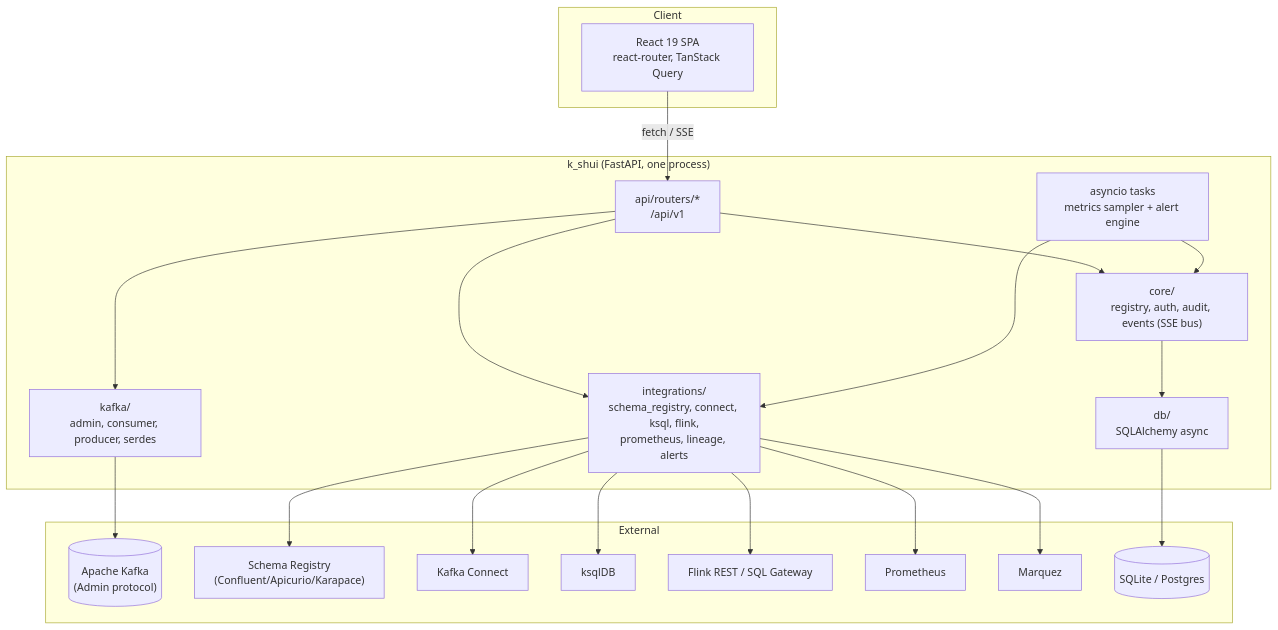
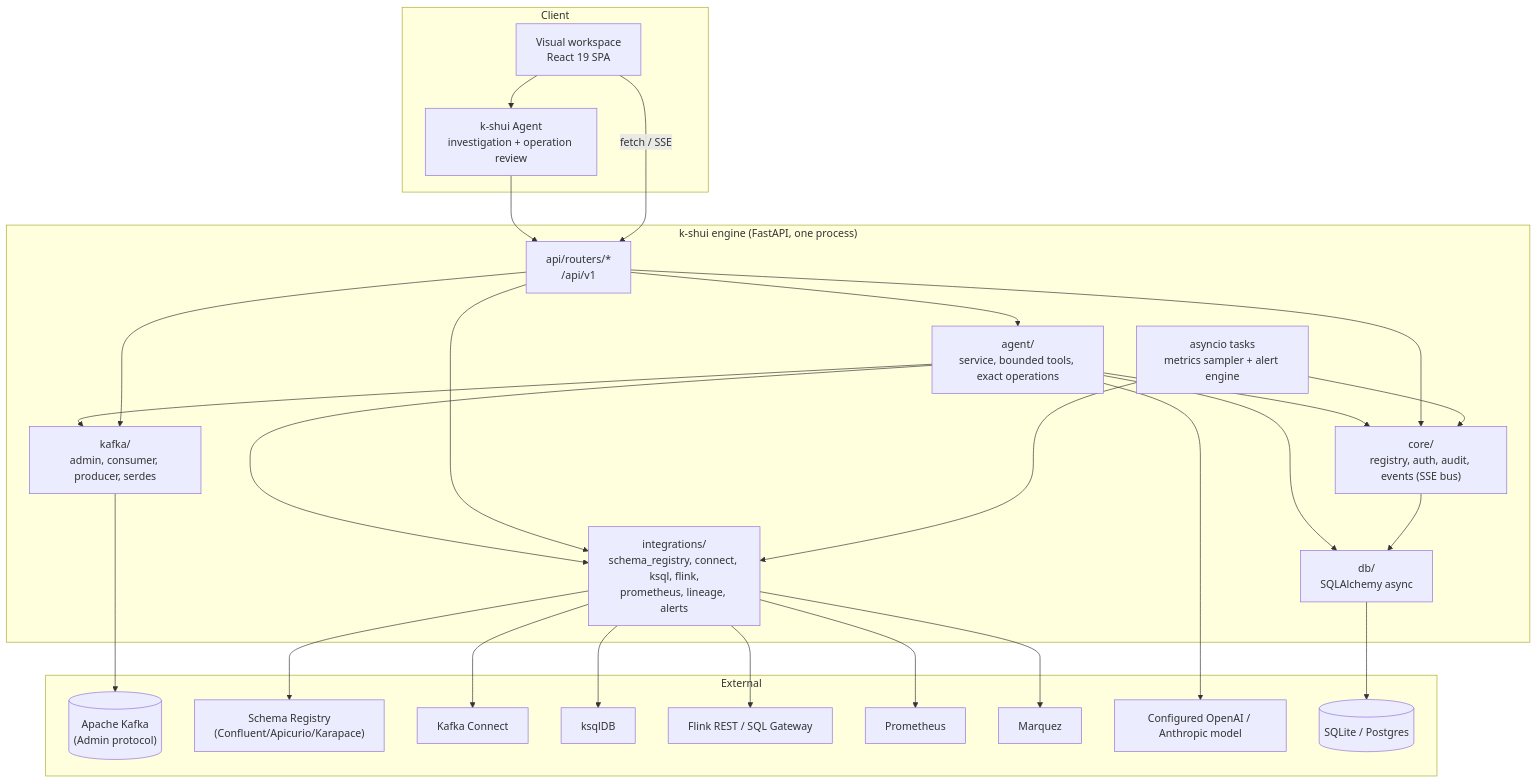
Before and after one commit to thadchas/k-shui: the diagram in docs/architecture.md, drawn with Mermaid. The commit also changed other lines of this file and 50 other files, not shown here.

First line of the commit message:
docs: lead documentation and website with agent-driven Kafka management (#79)

````diff
--- a/docs/architecture.md
+++ b/docs/architecture.md
@@ -12,40 +19,50 @@
 ```mermaid
 flowchart TB
     subgraph Client
-        SPA["React 19 SPA\nreact-router, TanStack Query"]
+        SPA["Visual workspace\nReact 19 SPA"]
+        AgentUI["k-shui Agent\ninvestigation + operation review"]
     end
 
-    subgraph Backend["k_shui (FastAPI, one process)"]
+    subgraph Backend["k-shui engine (FastAPI, one process)"]
         API["api/routers/*\n/api/v1"]
+        Agent["agent/\nservice, bounded tools, exact operations"]
         Core["core/\nregistry, auth, audit, events (SSE bus)"]
         KafkaLayer["kafka/\nadmin, consumer, producer, serdes"]
         Integrations["integrations/\nschema_registry, connect, ksql, flink,\nprometheus, lineage, alerts"]
         DB["db/\nSQLAlchemy async"]
         Sched["asyncio tasks\nmetrics sampler + alert engine"]
     end
 
     subgraph External
         Kafka[("Apache Kafka\n(Admin protocol)")]
         SR["Schema Registry\n(Confluent/Apicurio/Karapace)"]
         Connect["Kafka Connect"]
         Ksql["ksqlDB"]
         Flink["Flink REST / SQL Gateway"]
         Prom["Prometheus"]
         Marquez["Marquez"]
+        Models["Configured OpenAI / Anthropic model"]
         Store[("SQLite / Postgres")]
     end
 
+    SPA --> AgentUI --> API
     SPA -- "fetch / SSE" --> API
+    API --> Agent
+    Agent --> Core
+    Agent --> DB
+    Agent --> KafkaLayer
+    Agent --> Integrations
+    Agent --> Models
     API --> Core
     API --> KafkaLayer --> Kafka
     API --> Integrations
     Integrations --> SR
     Integrations --> Connect
     Integrations --> Ksql
     Integrations --> Flink
     Integrations --> Prom
     Integrations --> Marquez
     Core --> DB --> Store
     Sched --> Integrations
     Sched --> Core
 ```
````
